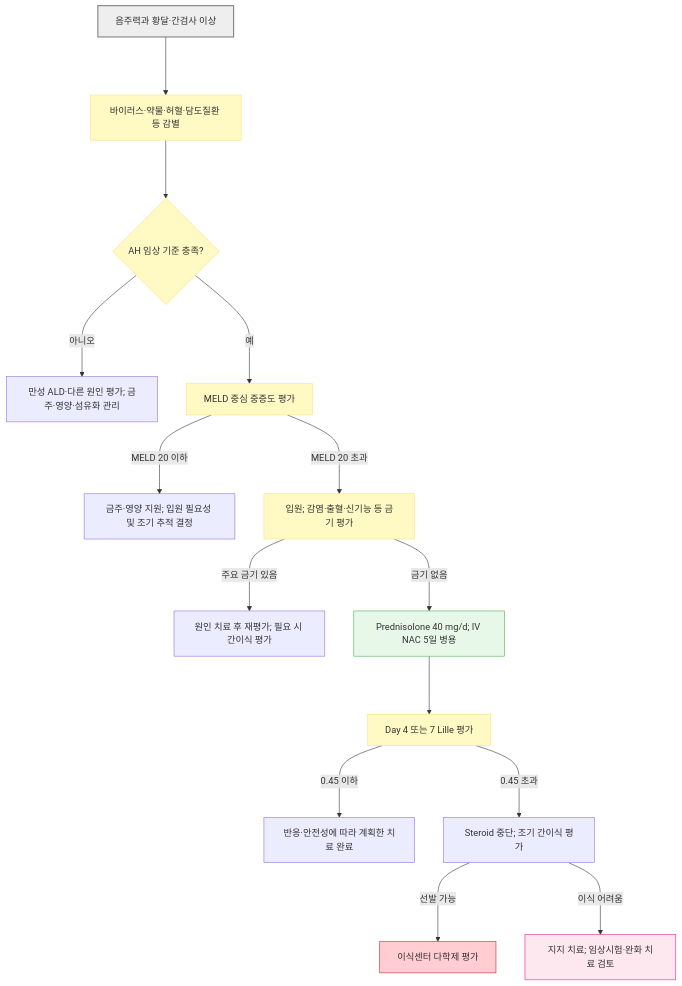
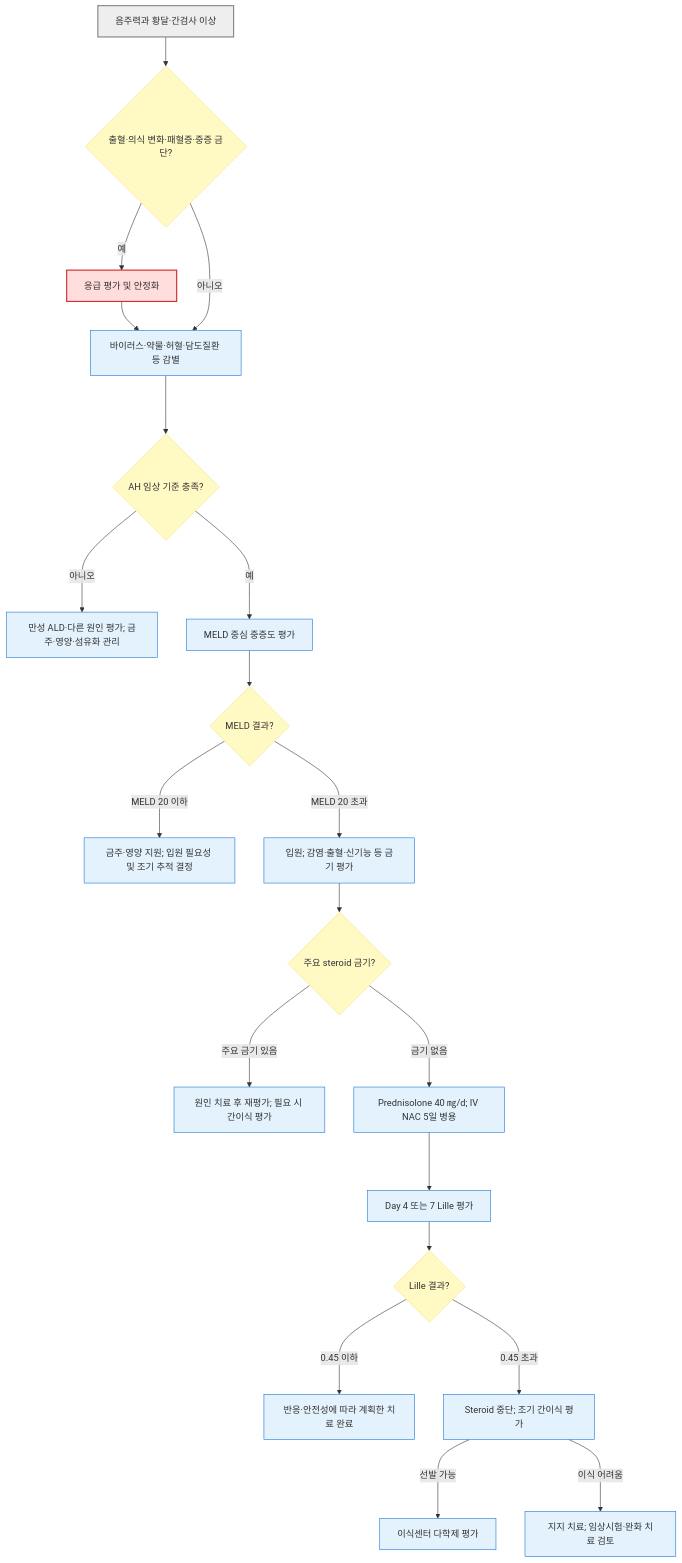
One commit to familyoh77/familyoh77 changed the diagram in 224_/094_-alcoholic-liver-disease.md. Above: the diagram before and after it, drawn with Mermaid. The commit also changed other lines of this file and 8 other files, not shown here.

````diff
--- a/224_/094_-alcoholic-liver-disease.md
+++ b/224_/094_-alcoholic-liver-disease.md
@@ -144,23 +143,29 @@
 ```mermaid
 flowchart TD
-    A["음주력과 황달·간검사 이상"] ---> B["바이러스·약물·허혈·담도질환 등 감별"]
+    A["음주력과 황달·간검사 이상"] --> R{"출혈·의식 변화·패혈증·중증 금단?"}
+    R -->|"예"| U["응급 평가 및 안정화"]
+    U --> B["바이러스·약물·허혈·담도질환 등 감별"]
+    R -->|"아니오"| B
     B ---> C{"AH 임상 기준 충족?"}
     C --->|"아니오"| D["만성 ALD·다른 원인 평가; 금주·영양·섬유화 관리"]
     C --->|"예"| E["MELD 중심 중증도 평가"]
-    E --->|"MELD 20 이하"| F["금주·영양 지원; 입원 필요성 및 조기 추적 결정"]
-    E --->|"MELD 20 초과"| G["입원; 감염·출혈·신기능 등 금기 평가"]
-    G --->|"주요 금기 있음"| H["원인 치료 후 재평가; 필요 시 간이식 평가"]
-    G --->|"금기 없음"| I["Prednisolone 40 mg/d; IV NAC 5일 병용"]
+    E --> EQ{"MELD 결과?"}
+    EQ --->|"MELD 20 이하"| F["금주·영양 지원; 입원 필요성 및 조기 추적 결정"]
+    EQ --->|"MELD 20 초과"| G["입원; 감염·출혈·신기능 등 금기 평가"]
+    G --> GQ{"주요 steroid 금기?"}
+    GQ --->|"주요 금기 있음"| H["원인 치료 후 재평가; 필요 시 간이식 평가"]
+    GQ --->|"금기 없음"| I["Prednisolone 40 ㎎/d; IV NAC 5일 병용"]
     I ---> J["Day 4 또는 7 Lille 평가"]
-    J --->|"0.45 이하"| K["반응·안전성에 따라 계획한 치료 완료"]
-    J --->|"0.45 초과"| L["Steroid 중단; 조기 간이식 평가"]
+    J --> JQ{"Lille 결과?"}
+    JQ --->|"0.45 이하"| K["반응·안전성에 따라 계획한 치료 완료"]
+    JQ --->|"0.45 초과"| L["Steroid 중단; 조기 간이식 평가"]
     L --->|"선발 가능"| M["이식센터 다학제 평가"]
     L --->|"이식 어려움"| N["지지 치료; 임상시험·완화 치료 검토"]
-
-style A fill:#eeeeee,stroke:#888888,stroke-width:2px
-classDef yellow fill:#fff9c4,stroke:#ffe082
-class B,C,E,G,J yellow
-style I fill:#e8f8e8,stroke:#4caf50
-style M fill:#ffcdd2,stroke:#c62828
-style N fill:#fde8f0,stroke:#e91e8c
+    classDef question fill:#fff9c4,stroke:#ffe082
+    classDef treatment fill:#e3f2fd,stroke:#1976d2
+    classDef emergency fill:#ffdddd,stroke:#d32f2f,stroke-width:2px
+    class R,C,EQ,GQ,JQ question
+    class B,D,E,F,G,H,I,J,K,L,M,N treatment
+    class U emergency
+    style A fill:#eeeeee,stroke:#888888,stroke-width:2px
 ```
````
